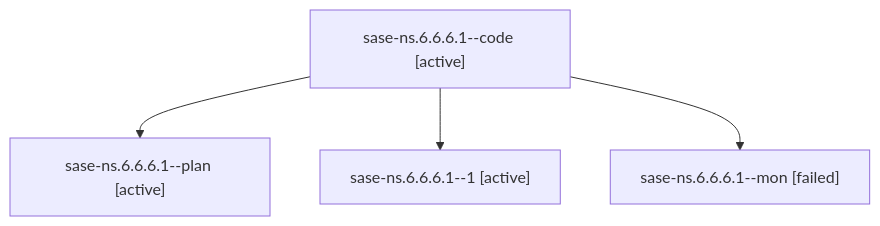
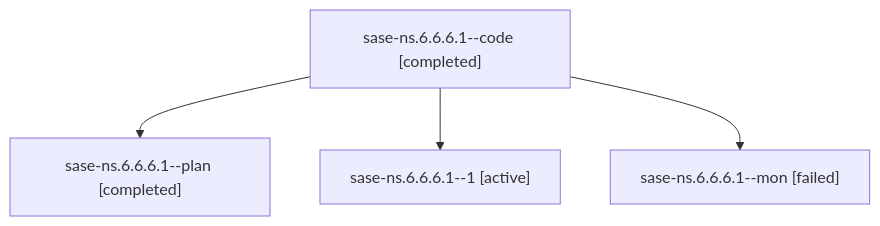
One commit to sase-org/sase--agents changed the diagram in families/bbugyi200.athena.sase-ns.6.6.6.1.md. Above: the diagram before and after it, drawn with Mermaid. The commit also changed other lines of this file and 145 other files, not shown here.

````diff
--- a/families/bbugyi200.athena.sase-ns.6.6.6.1.md
+++ b/families/bbugyi200.athena.sase-ns.6.6.6.1.md
@@ -9,10 +9,10 @@
 ```mermaid
 flowchart TD
-  n0["sase-ns.6.6.6.1--code [active]"]
-  n1["sase-ns.6.6.6.1--plan [active]"]
+  n0["sase-ns.6.6.6.1--code [completed]"]
+  n1["sase-ns.6.6.6.1--plan [completed]"]
   n0 --> n1
   n2["sase-ns.6.6.6.1--1 [active]"]
   n0 --> n2
   n3["sase-ns.6.6.6.1--mon [failed]"]
   n0 --> n3
 ```
````
